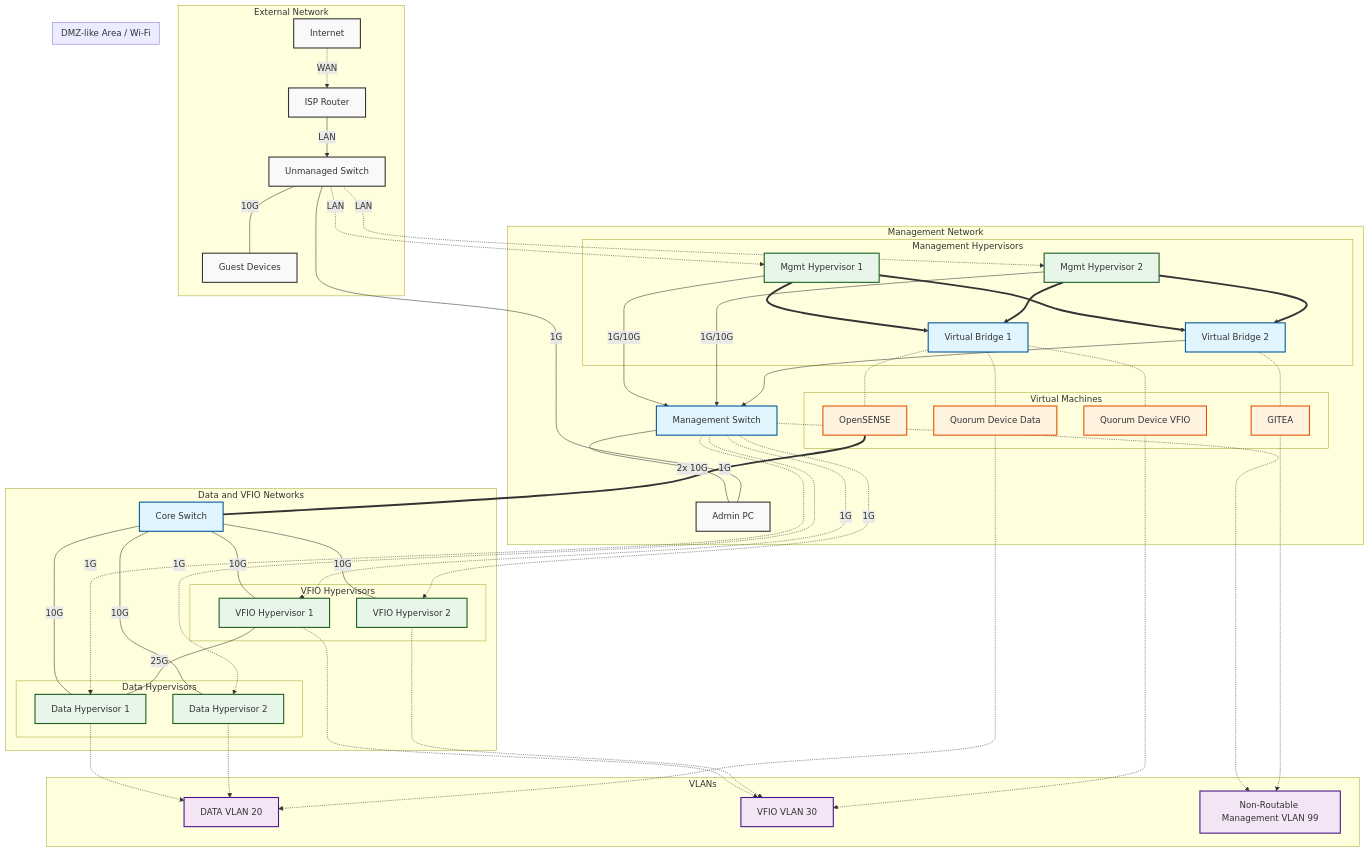
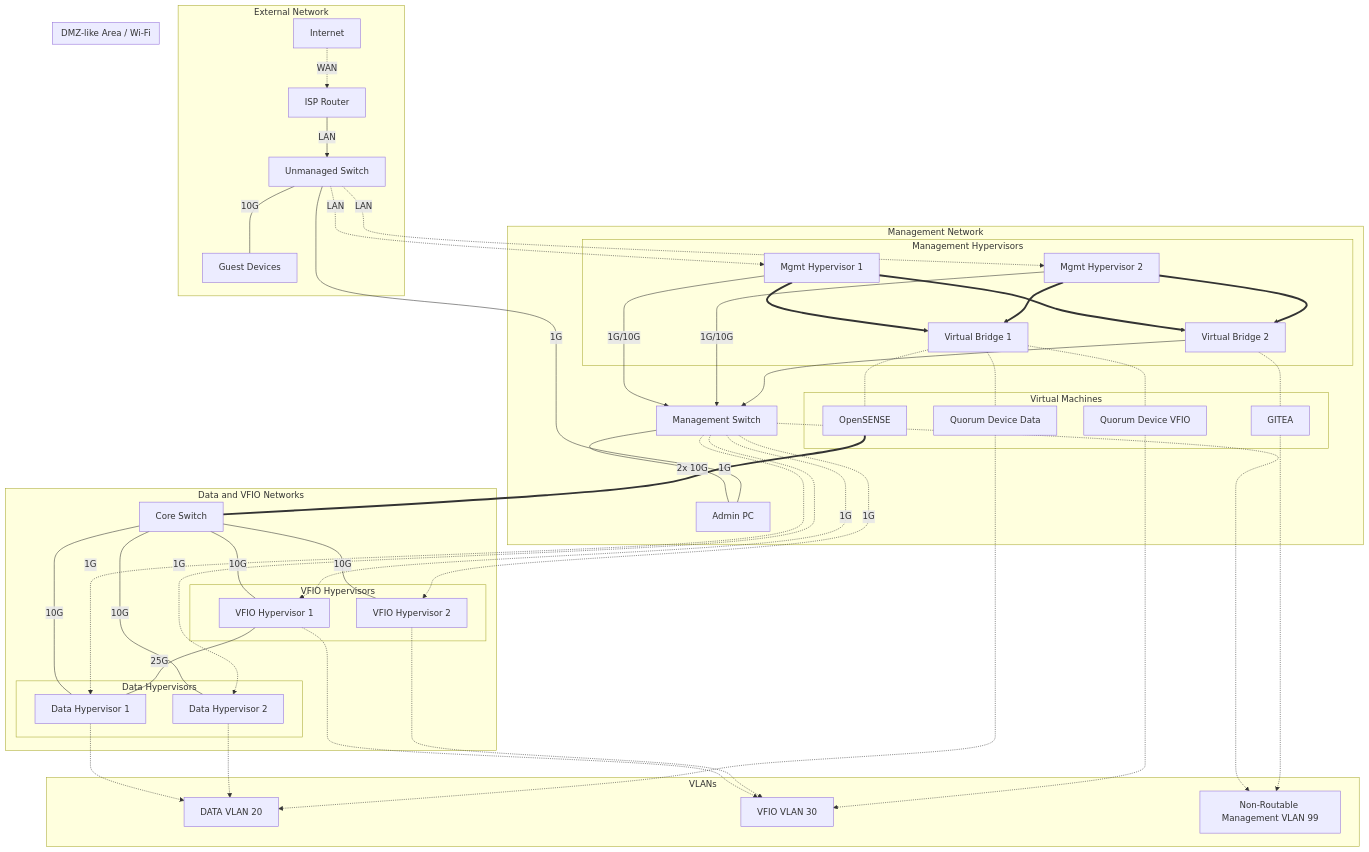
One commit to woeiru/lab changed the diagram in alp/netop.md. Above: the diagram before and after it, drawn with Mermaid.

Commit message:
standard

````diff
--- a/alp/netop.md
+++ b/alp/netop.md
@@ -3,12 +3,5 @@
 ```mermaid
 graph TD
-    %% Define styles
-    classDef default fill:#f9f9f9,stroke:#333,stroke-width:2px;
-    classDef network fill:#e1f5fe,stroke:#01579b,stroke-width:2px;
-    classDef hypervisor fill:#e8f5e9,stroke:#1b5e20,stroke-width:2px;
-    classDef vm fill:#fff3e0,stroke:#e65100,stroke-width:2px;
-    classDef vlan fill:#f3e5f5,stroke:#4a148c,stroke-width:2px;
-
     %% External Network
     subgraph EXT [External Network]
         INT[Internet]
````
